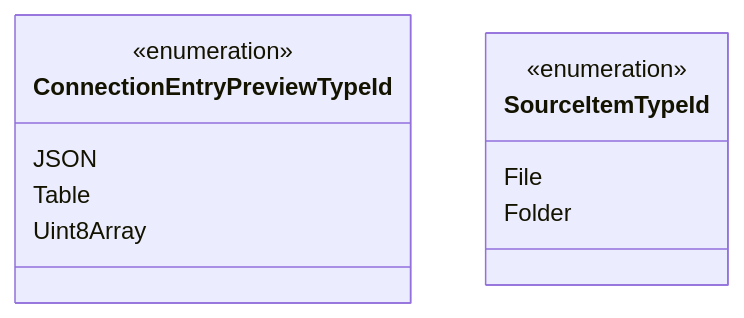
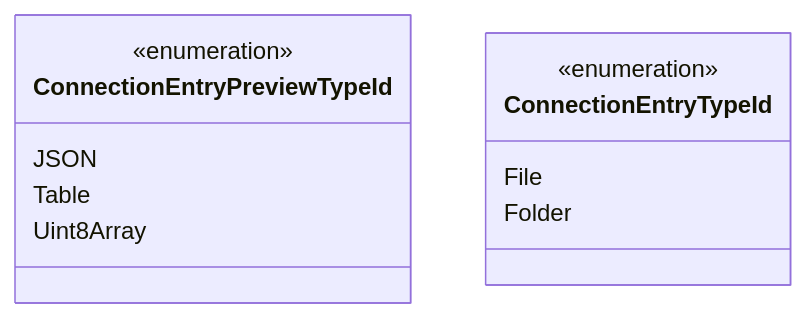
One commit to data-positioning/datapos-shared changed diagram 12 of 22 in README.md. Above: the diagram before and after it, drawn with Mermaid. The commit also changed other lines of this file and 2 other files, not shown here.

````diff
--- a/README.md
+++ b/README.md
@@ -467,17 +467,17 @@
 ```mermaid
 classDiagram
     direction TB
 
     class ConnectionEntryPreviewTypeId {
         <<enumeration>>
         JSON
         Table
         Uint8Array
     }
 
-    class SourceItemTypeId {
+    class ConnectionEntryTypeId {
         <<enumeration>>
         File
         Folder
     }
 ```
````
